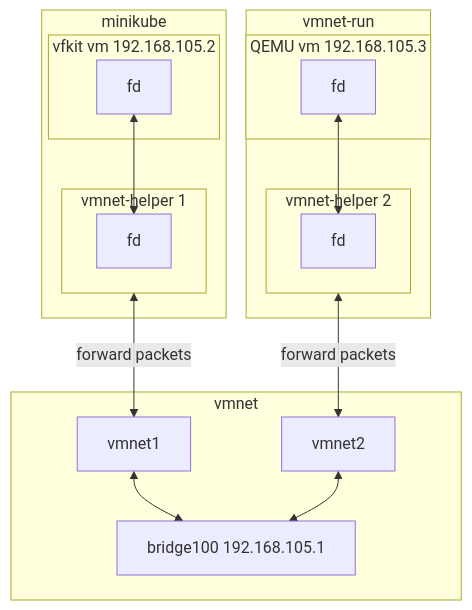
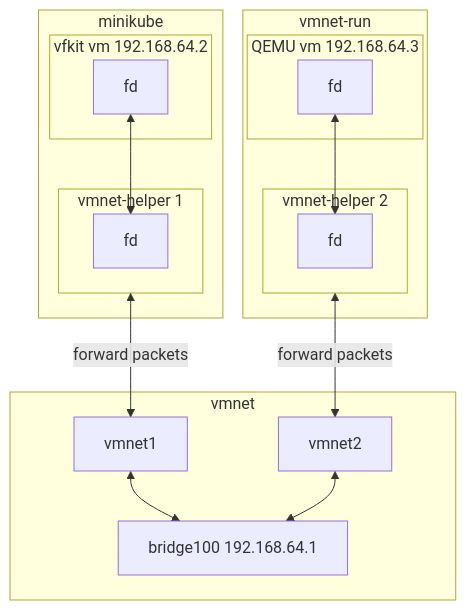
Before and after one commit to nirs/vmnet-helper: the second of 3 diagrams in docs/architecture.md, drawn with Mermaid. The commit also changed other lines of this file and 5 other files, not shown here.

````diff
--- a/docs/architecture.md
+++ b/docs/architecture.md
@@ -84,36 +84,36 @@
 ```mermaid
 flowchart TB
   subgraph minikube
-    subgraph vm1["vfkit vm 192.168.105.2"]
+    subgraph vm1["vfkit vm 192.168.64.2"]
       fd1["fd"]
     end
     subgraph helper1["vmnet-helper 1"]
       fd2["fd"]
     end
 
     fd1 <--> fd2
   end
 
   subgraph vmnet-run
-    subgraph vm2["QEMU vm 192.168.105.3"]
+    subgraph vm2["QEMU vm 192.168.64.3"]
       fd3["fd"]
     end
     subgraph helper2["vmnet-helper 2"]
       fd4["fd"]
     end
 
     fd3 <--> fd4
   end
 
   subgraph vmnet
     vmnet1
     vmnet2
-    bridge["bridge100 192.168.105.1"]
+    bridge["bridge100 192.168.64.1"]
 
     vmnet1 <--> bridge
     vmnet2 <--> bridge
   end
 
   helper1 <-->|"forward packets"| vmnet1
   helper2 <-->|"forward packets"| vmnet2
 ```
````
